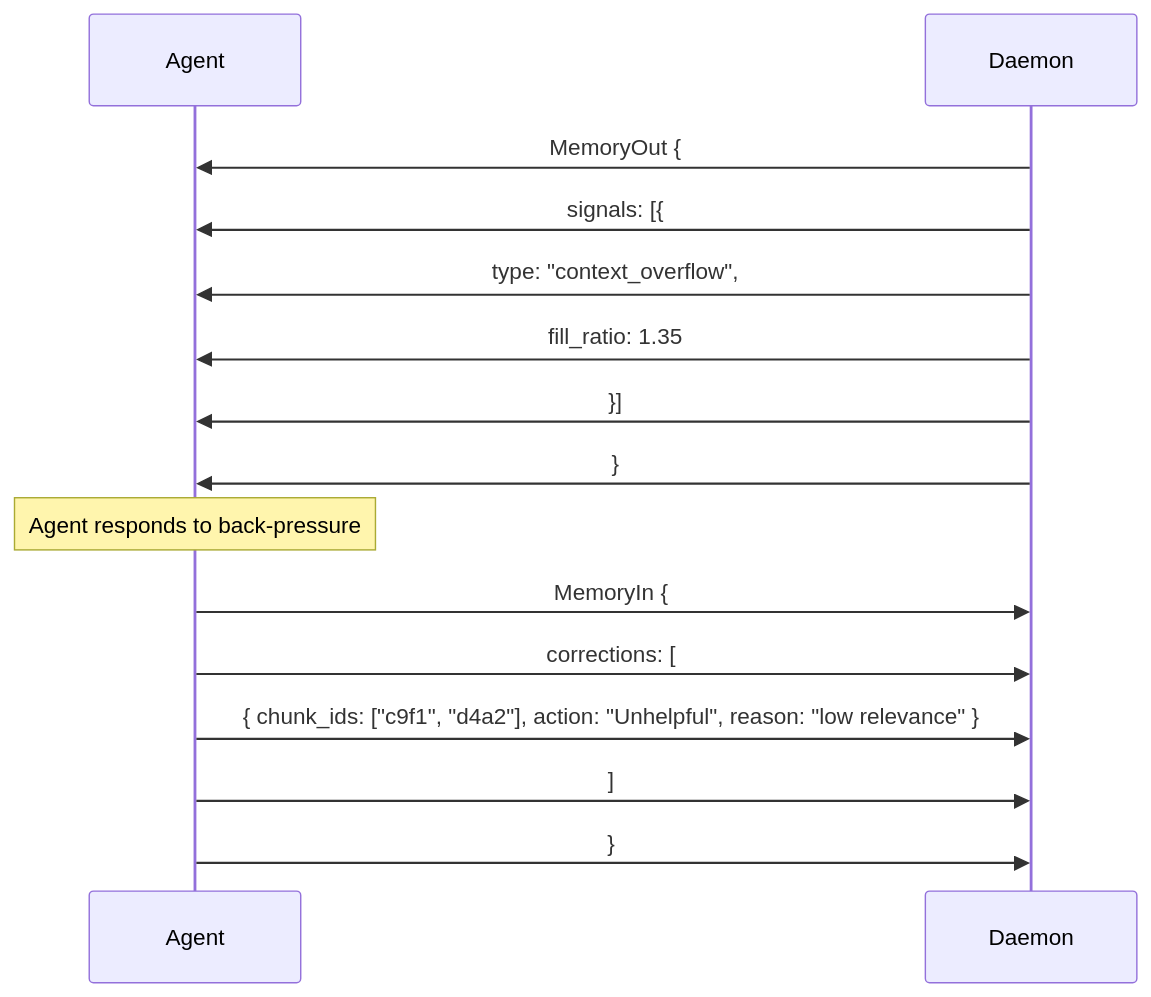
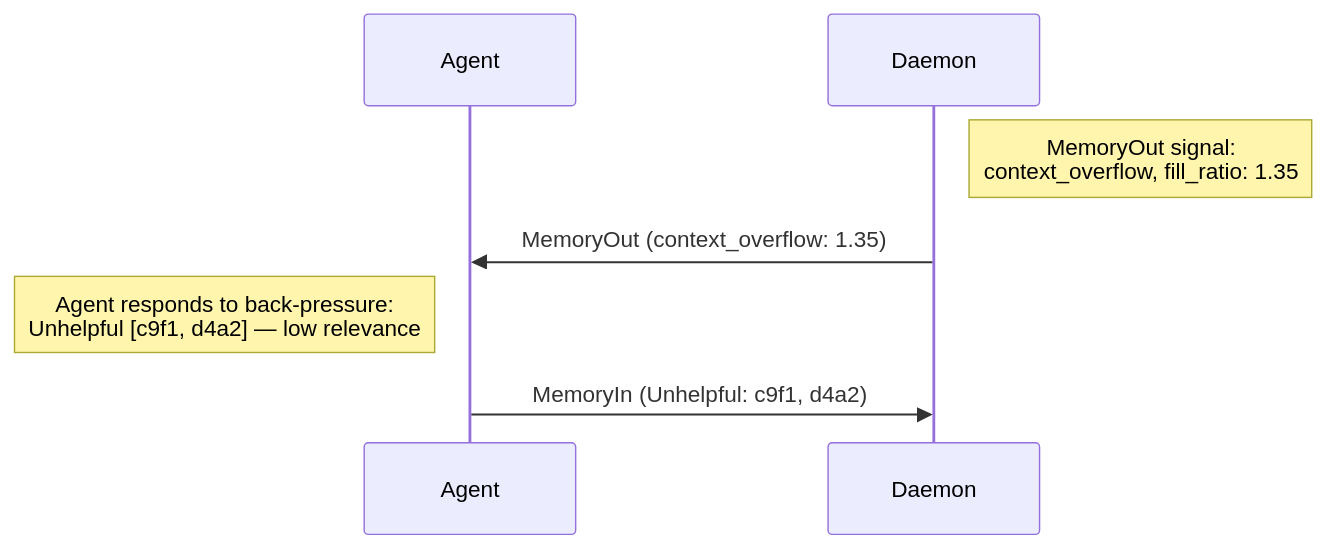
The sixth of 7 diagrams in _posts/2026-03-10-context-manager.md (StephenSmithwick/StephenSmithwick.github.io), drawn with Mermaid before and after one commit. The commit also changed other lines of this file and 2 other files, not shown here.

Commit message:
Updating context manager plan and publishing a quick exploration of the docker socket api

````diff
--- a/_posts/2026-03-10-context-manager.md
+++ b/_posts/2026-03-10-context-manager.md
@@ -505,18 +589,10 @@
 ```mermaid
 sequenceDiagram
     participant A as Agent
     participant D as Daemon
 
-    D->>A: MemoryOut {
-    D->>A:   signals: [{
-    D->>A:     type: "context_overflow",
-    D->>A:     fill_ratio: 1.35
-    D->>A:   }]
-    D->>A: }
-    Note over A: Agent responds to back-pressure
-    A->>D: MemoryIn {
-    A->>D:   corrections: [
-    A->>D:     { chunk_ids: ["c9f1", "d4a2"], action: "Unhelpful", reason: "low relevance" }
-    A->>D:   ]
-    A->>D: }
+    Note right of D: MemoryOut signal:<br/>context_overflow, fill_ratio: 1.35
+    D->>A: MemoryOut (context_overflow: 1.35)
+    Note left of A: Agent responds to back-pressure:<br/>Unhelpful [c9f1, d4a2] — low relevance
+    A->>D: MemoryIn (Unhelpful: c9f1, d4a2)
 ```
````
